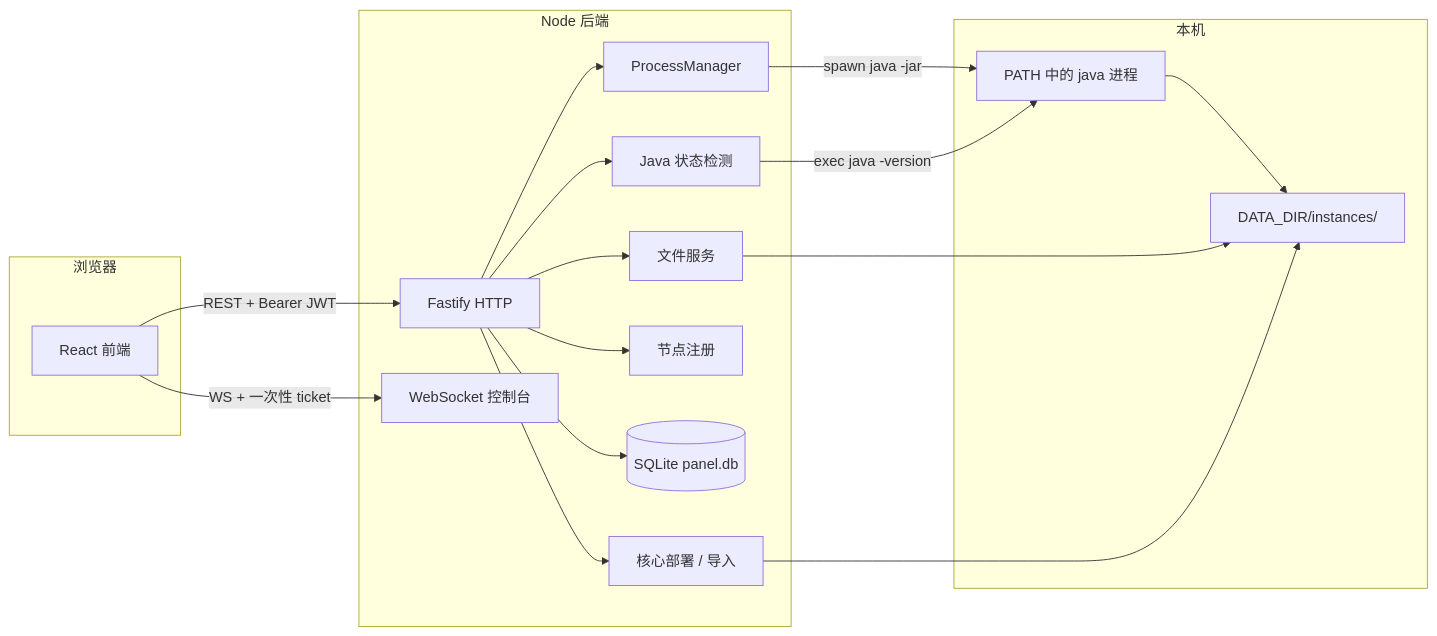
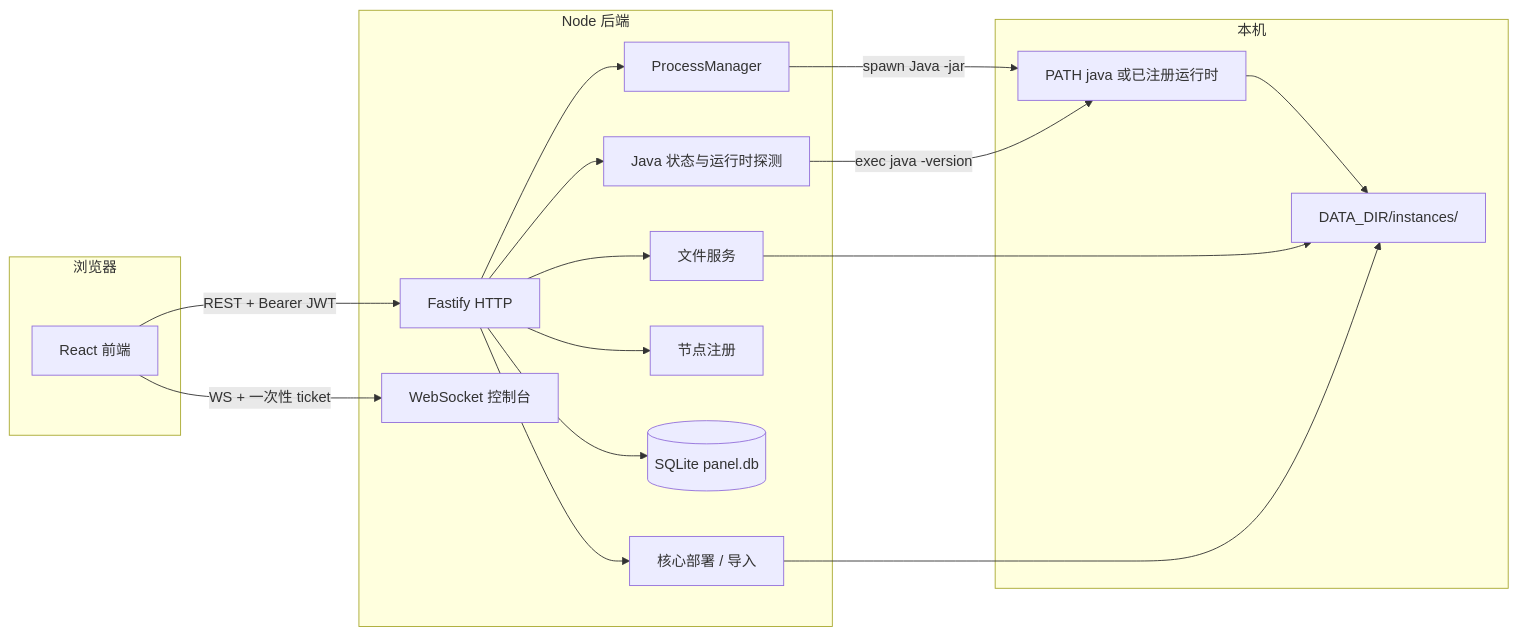
One commit to MystryWorks/mystry-dashboard changed the diagram in docs/architecture.md. Above: the diagram before and after it, drawn with Mermaid. The commit also changed other lines of this file and 18 other files, not shown here.

````diff
--- a/docs/architecture.md
+++ b/docs/architecture.md
@@ -5,33 +5,33 @@
 ```mermaid
 flowchart LR
   subgraph client [浏览器]
     Web[React 前端]
   end
   subgraph server [Node 后端]
     Fastify[Fastify HTTP]
     WS[WebSocket 控制台]
     PM[ProcessManager]
     FS[文件服务]
     Core[核心部署 / 导入]
     Nodes[节点注册]
     DB[(SQLite panel.db)]
-    JavaStatus[Java 状态检测]
+    JavaStatus[Java 状态与运行时探测]
   end
   subgraph host [本机]
-    Java[PATH 中的 java 进程]
+    Java[PATH java 或已注册运行时]
     Dirs[DATA_DIR/instances/<id>]
   end
   Web -->|REST + Bearer JWT| Fastify
   Web -->|WS + 一次性 ticket| WS
   Fastify --> DB
   Fastify --> PM
   Fastify --> FS
   Fastify --> Core
   Fastify --> Nodes
   Fastify --> JavaStatus
-  PM -->|spawn java -jar| Java
+  PM -->|spawn Java -jar| Java
   Java --> Dirs
   FS --> Dirs
   Core --> Dirs
   JavaStatus -->|exec java -version| Java
 ```
````
